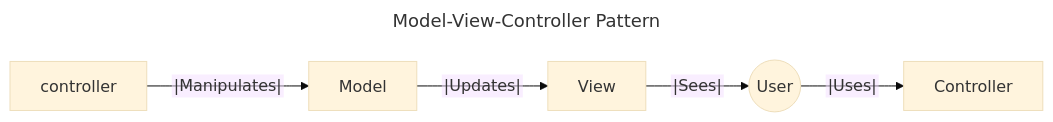
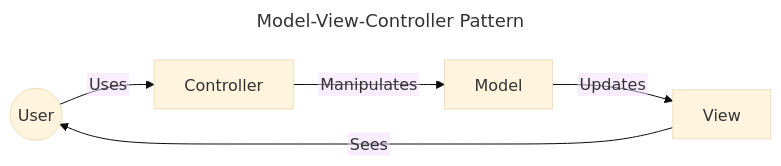
Before and after one commit to flempriere/design-patterns-with-python: the diagram in I-introduction/chapter-04/chapter-04.qmd, drawn with Mermaid (base theme).

Commit message:
Further edits to mermaid diagram

````diff
--- a/I-introduction/chapter-04/chapter-04.qmd
+++ b/I-introduction/chapter-04/chapter-04.qmd
@@ -25,17 +25,17 @@
 ```{mermaid}
 ---
 title: Model-View-Controller Pattern
 config:
   htmlLabels: false
 ---
 flowchart LR
     user(("User"))
     model["Model"]
     view["View"]
     control["Controller"]
 
-    model --|Updates|--> view
-    view --|Sees|--> user
-    user --|Uses|--> control
-    controller --|Manipulates|--> model
+    model --Updates--> view
+    view --Sees--> user
+    user --Uses--> control
+    control --Manipulates--> model
 ```
````
